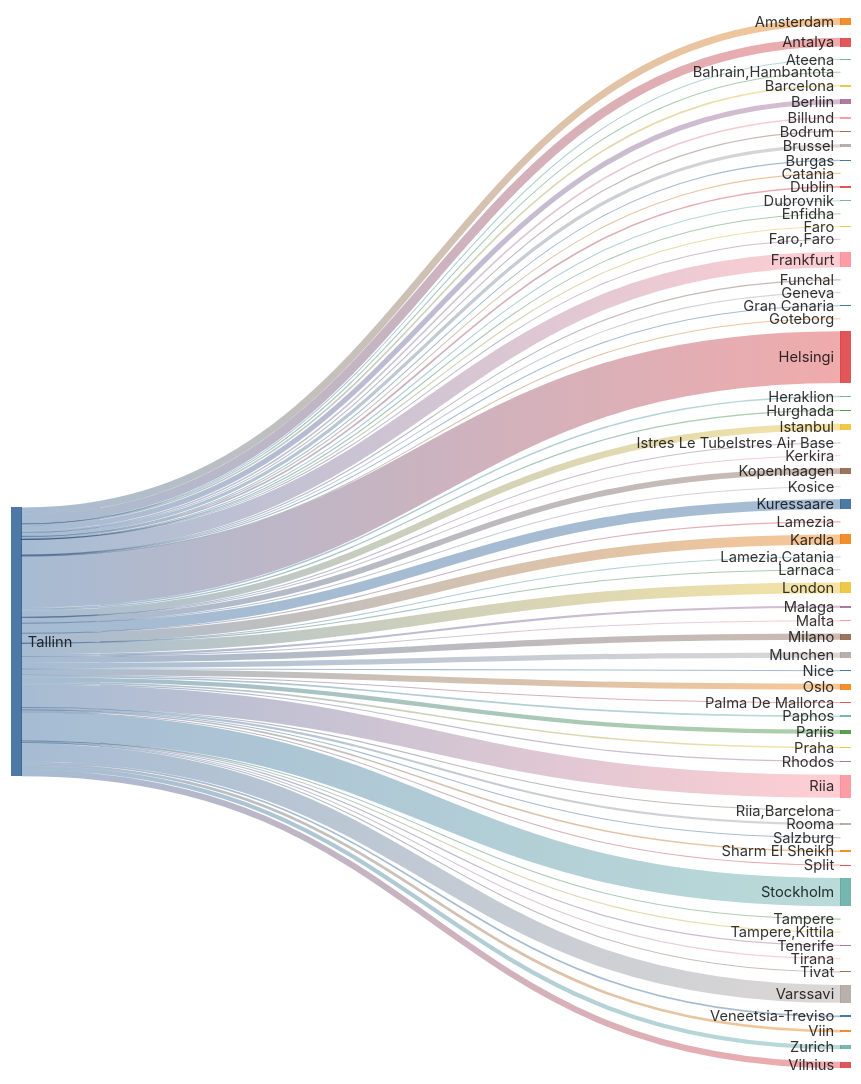
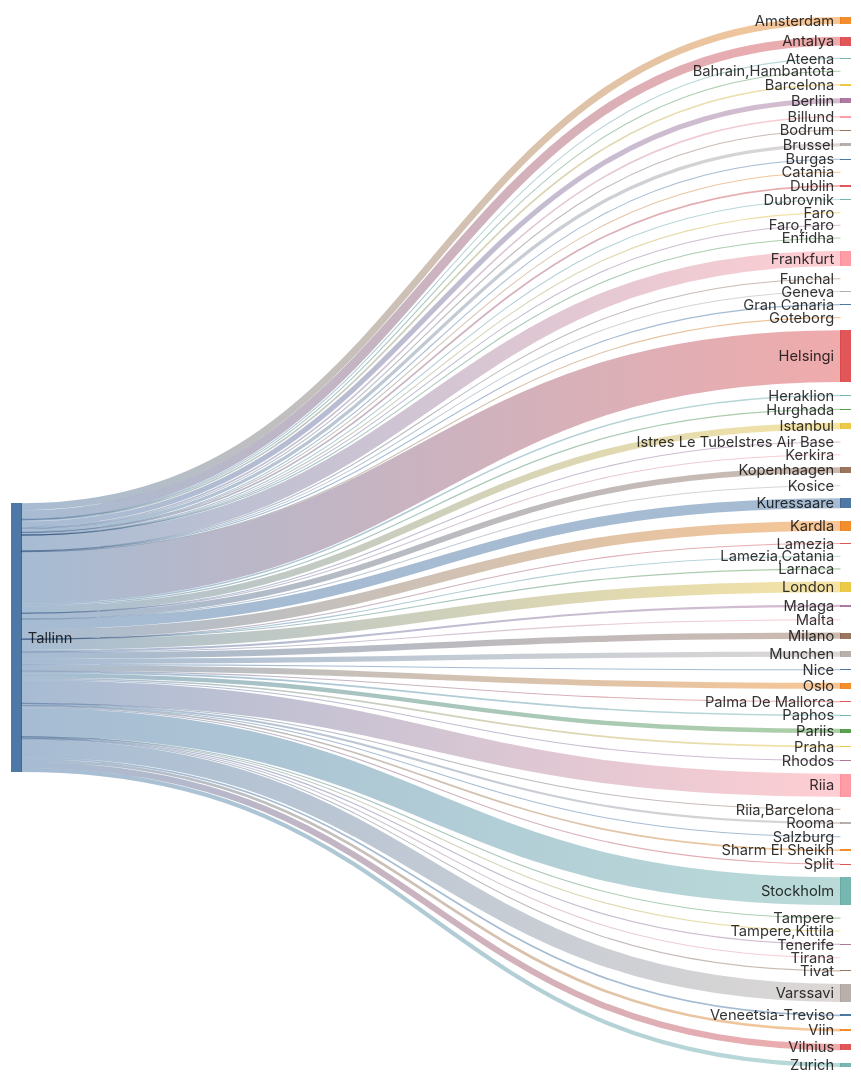
Before and after one commit to rainermesi/tll-airport-departures: the second of 2 diagrams in README.md, drawn with Mermaid. The commit also changed other lines of this file, not shown here.

````diff
--- a/README.md
+++ b/README.md
@@ -34,76 +34,76 @@
 ```mermaid
 ---
 config:
   sankey:
     showValues: false
     width: 800
     height: 1000
 ---
 sankey-beta
 %% source,target,value
-Tallinn,Amsterdam,207
+Tallinn,Amsterdam,208
 Tallinn,Antalya,264
 Tallinn,Ateena,16
 Tallinn,"Bahrain,Hambantota",1
-Tallinn,Barcelona,48
+Tallinn,Barcelona,49
 Tallinn,Berliin,154
 Tallinn,Billund,49
 Tallinn,Bodrum,11
 Tallinn,Brussel,97
 Tallinn,Burgas,21
 Tallinn,Catania,2
 Tallinn,Dublin,50
 Tallinn,Dubrovnik,21
 Tallinn,Enfidha,7
 Tallinn,Faro,4
 Tallinn,"Faro,Faro",1
-Tallinn,Frankfurt,455
+Tallinn,Frankfurt,457
 Tallinn,Funchal,5
 Tallinn,Geneva,4
 Tallinn,Gran Canaria,24
 Tallinn,Goteborg,1
-Tallinn,Helsingi,1535
+Tallinn,Helsingi,1544
 Tallinn,Heraklion,46
-Tallinn,Hurghada,34
-Tallinn,Istanbul,199
+Tallinn,Hurghada,35
+Tallinn,Istanbul,200
 Tallinn,Istres Le TubeIstres Air Base,2
 Tallinn,Kerkira,4
 Tallinn,Kopenhaagen,170
 Tallinn,Kosice,1
-Tallinn,Kuressaare,295
-Tallinn,Kardla,295
+Tallinn,Kuressaare,297
+Tallinn,Kardla,297
 Tallinn,Lamezia,1
 Tallinn,"Lamezia,Catania",3
 Tallinn,Larnaca,4
-Tallinn,London,316
+Tallinn,London,318
 Tallinn,Malaga,62
 Tallinn,Malta,15
-Tallinn,Milano,185
-Tallinn,Munchen,156
+Tallinn,Milano,186
+Tallinn,Munchen,157
 Tallinn,Nice,25
 Tallinn,Oslo,176
 Tallinn,Palma De Mallorca,19
 Tallinn,Paphos,49
 Tallinn,Pariis,129
 Tallinn,Praha,49
 Tallinn,Rhodos,32
-Tallinn,Riia,686
+Tallinn,Riia,689
 Tallinn,"Riia,Barcelona",1
 Tallinn,Rooma,62
 Tallinn,Salzburg,5
-Tallinn,Sharm El Sheikh,48
+Tallinn,Sharm El Sheikh,49
 Tallinn,Split,25
-Tallinn,Stockholm,834
+Tallinn,Stockholm,836
 Tallinn,Tampere,17
 Tallinn,"Tampere,Kittila",5
 Tallinn,Tenerife,36
 Tallinn,Tirana,8
 Tallinn,Tivat,26
-Tallinn,Varssavi,531
+Tallinn,Varssavi,534
 Tallinn,Veneetsia-Treviso,50
 Tallinn,Viin,81
-Tallinn,Vilnius,183
+Tallinn,Vilnius,185
 Tallinn,Zurich,124
 
 
 ```
````
